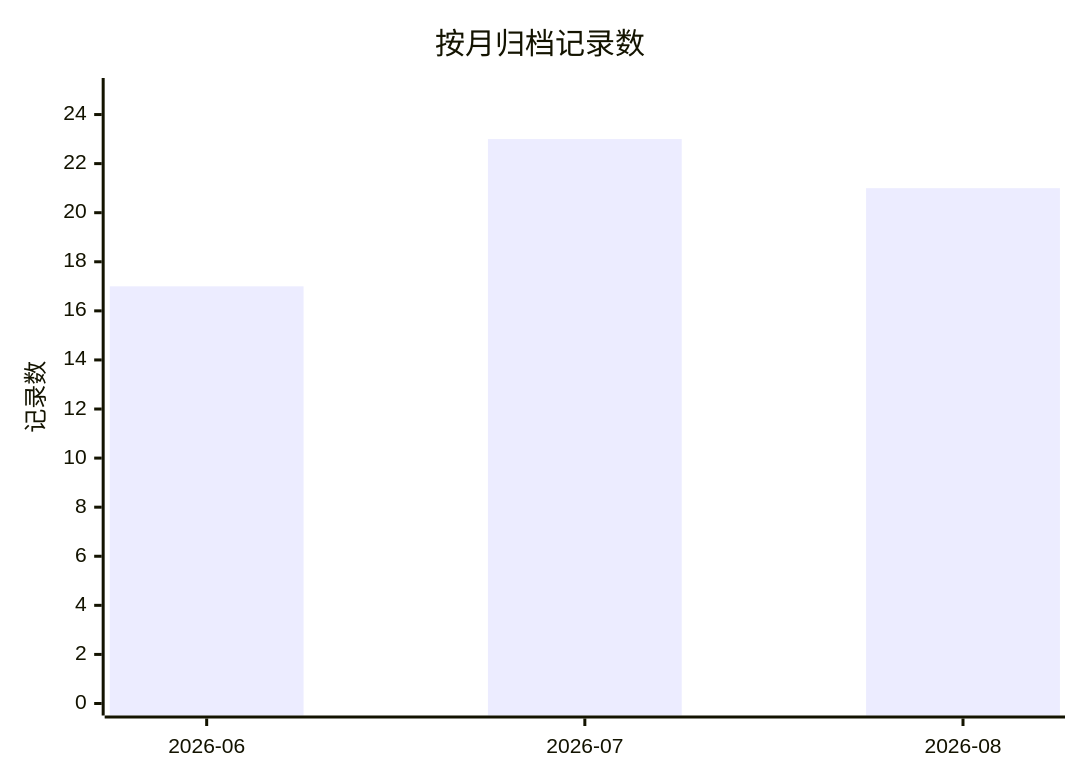
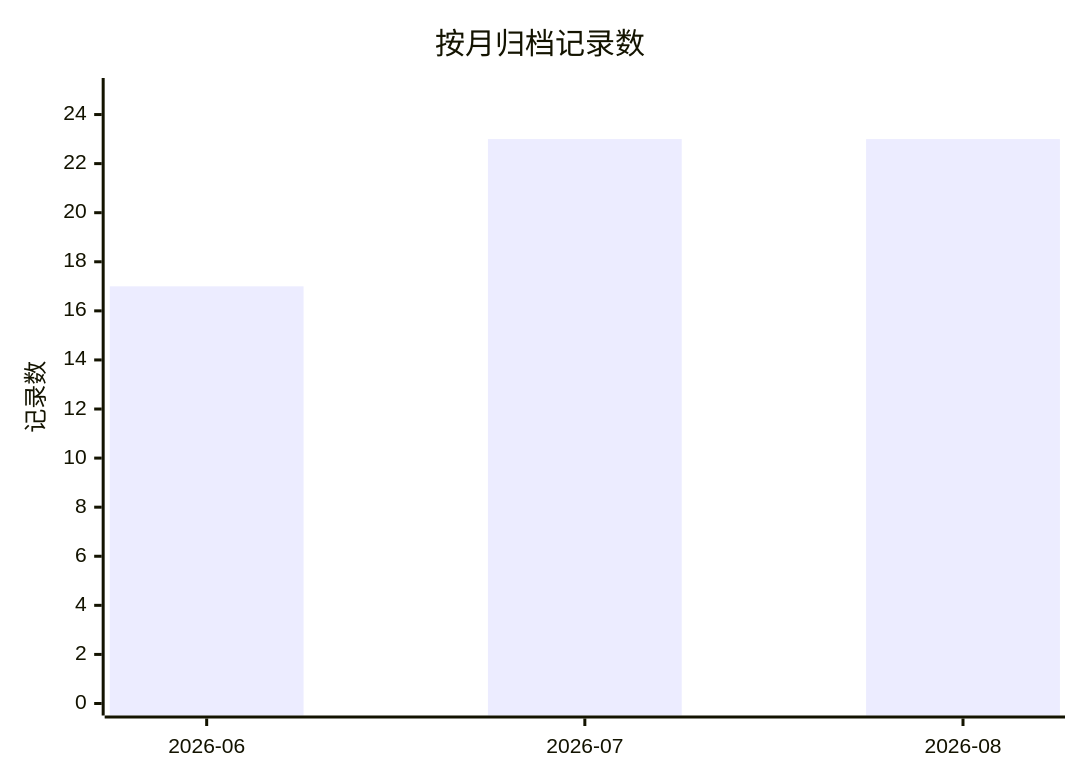
Before and after one commit to golddream-y/obsidian-ratel: the first of 2 diagrams in docs/superpowers/ARCHIVE.md, drawn with Mermaid. The commit also changed other lines of this file and 4 other files, not shown here.

````diff
--- a/docs/superpowers/ARCHIVE.md
+++ b/docs/superpowers/ARCHIVE.md
@@ -14,7 +14,7 @@
 ```mermaid
 xychart-beta
     title "按月归档记录数"
     x-axis ["2026-06", "2026-07", "2026-08"]
     y-axis "记录数" 0 --> 25
-    bar [17, 23, 21]
+    bar [17, 23, 23]
 ```
````
